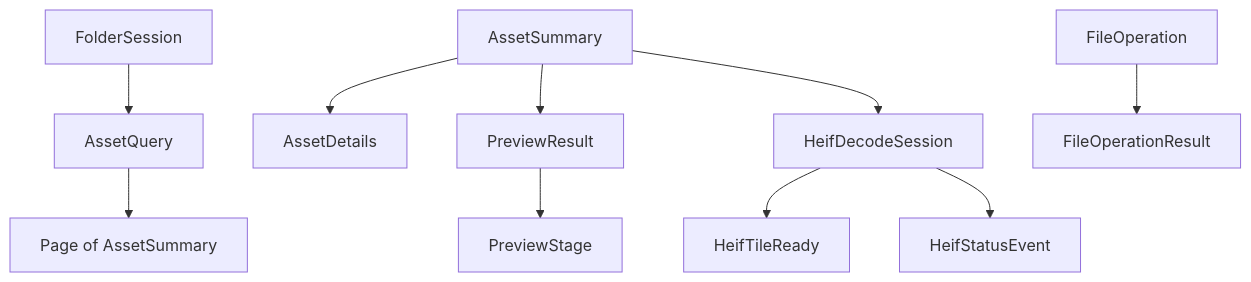
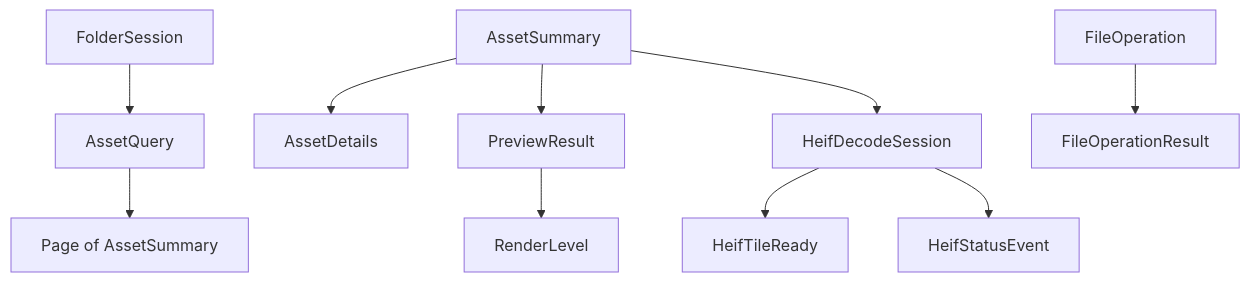
The third of 3 diagrams in docs/architecture/01-rust-tauri-runtime.md (oxygenkun/oxyviewer), drawn with Mermaid before and after one commit. The commit also changed 23 other files, not shown here.

Commit message:
refactor: decouple render levels from preview sizes

````diff
--- a/docs/architecture/01-rust-tauri-runtime.md
+++ b/docs/architecture/01-rust-tauri-runtime.md
@@ -191,12 +191,12 @@
 ```mermaid
 flowchart TD
     session["FolderSession"] --> query["AssetQuery"]
     query --> page["Page of AssetSummary"]
     asset["AssetSummary"] --> details["AssetDetails"]
     asset --> preview["PreviewResult"]
-    preview --> stage["PreviewStage"]
+    preview --> level["RenderLevel"]
     asset --> heifSession["HeifDecodeSession"]
     heifSession --> tile["HeifTileReady"]
     heifSession --> status["HeifStatusEvent"]
     operation["FileOperation"] --> operationResult["FileOperationResult"]
 ```
````
